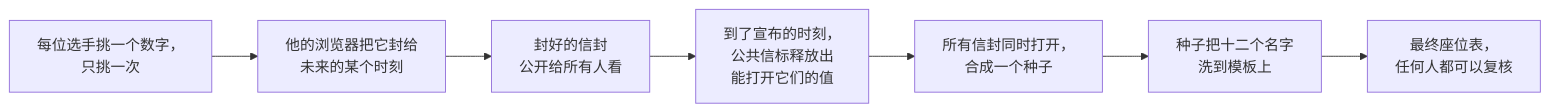
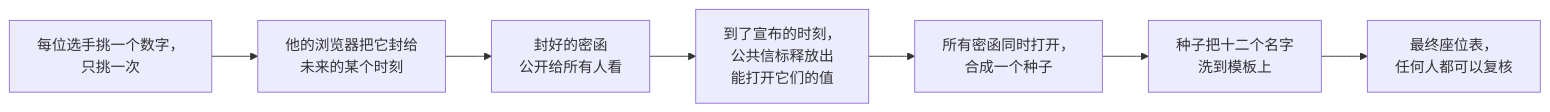
One commit to PRIEWIENV/mahjong-random-seating changed the second of 3 diagrams in docs/seating-design.zh.md. Above: the diagram before and after it, drawn with Mermaid. The commit also changed other lines of this file and 19 other files, not shown here.

````diff
--- a/docs/seating-design.zh.md
+++ b/docs/seating-design.zh.md
@@ -123,9 +119,9 @@
 ```mermaid
 flowchart LR
   P["每位选手挑一个数字，<br/>只挑一次"] --> S["他的浏览器把它封给<br/>未来的某个时刻"]
-  S --> Pub["封好的信封<br/>公开给所有人看"]
+  S --> Pub["封好的密函<br/>公开给所有人看"]
   Pub --> T["到了宣布的时刻，<br/>公共信标释放出<br/>能打开它们的值"]
-  T --> X["所有信封同时打开，<br/>合成一个种子"]
+  T --> X["所有密函同时打开，<br/>合成一个种子"]
   X --> Sh["种子把十二个名字<br/>洗到模板上"]
   Sh --> R["最终座位表，<br/>任何人都可以复核"]
 ```
````
